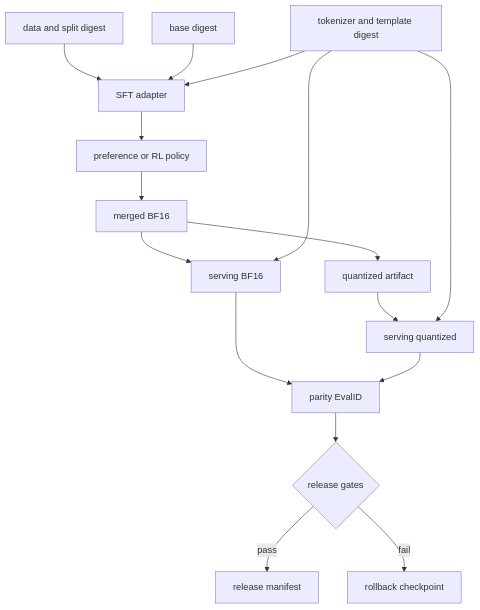
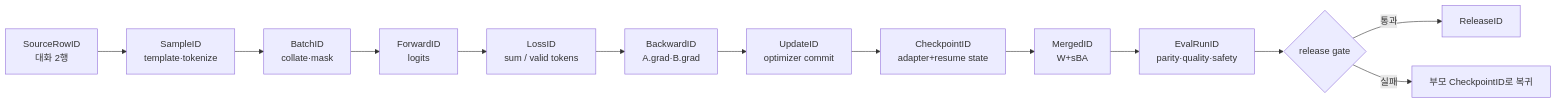
One commit to llm-textbooks/llm-textbooks.github.io changed the first of 3 diagrams in content/volume-2/chapters/30-end-to-end-finetuning.md. Above: the diagram before and after it, drawn with Mermaid. The commit also changed other lines of this file and 41 other files, not shown here.

````diff
--- a/content/volume-2/chapters/30-end-to-end-finetuning.md
+++ b/content/volume-2/chapters/30-end-to-end-finetuning.md
@@ -5,18 +7,15 @@
 ```mermaid
-flowchart TD
-  D[data and split digest] --> L[SFT adapter]
-  B[base digest] --> L
-  T[tokenizer and template digest] --> L
-  L --> P[preference or RL policy]
-  P --> M[merged BF16]
-  M --> Q[quantized artifact]
-  M --> S[serving BF16]
-  Q --> SQ[serving quantized]
-  T --> S
-  T --> SQ
-  S --> PE[parity EvalID]
-  SQ --> PE
-  PE --> G{release gates}
-  G -->|pass| R[release manifest]
-  G -->|fail| X[rollback checkpoint]
+flowchart LR
+  R[SourceRowID<br/>대화 2행] --> T[SampleID<br/>template·tokenize]
+  T --> C[BatchID<br/>collate·mask]
+  C --> F[ForwardID<br/>logits]
+  F --> L[LossID<br/>sum / valid tokens]
+  L --> B[BackwardID<br/>A.grad·B.grad]
+  B --> U[UpdateID<br/>optimizer commit]
+  U --> K[CheckpointID<br/>adapter+resume state]
+  K --> M[MergedID<br/>W+sBA]
+  M --> E[EvalRunID<br/>parity·quality·safety]
+  E --> G{release gate}
+  G -->|통과| P[ReleaseID]
+  G -->|실패| X[부모 CheckpointID로 복귀]
 ```
````
